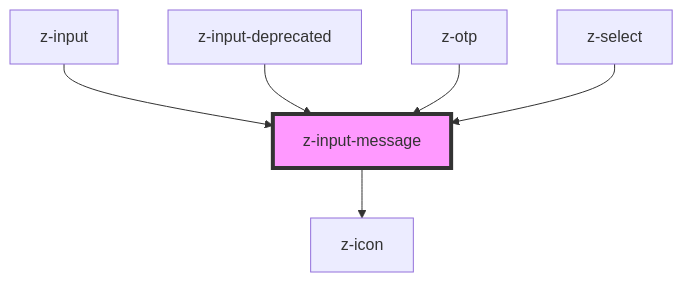
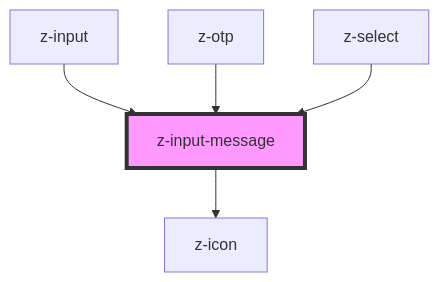
Before and after one commit to ZanichelliEditore/design-system: the diagram in src/components/inputs/z-input-message/readme.md, drawn with Mermaid. The commit also changed other lines of this file and 19 other files, not shown here.

````diff
--- a/src/components/inputs/z-input-message/readme.md
+++ b/src/components/inputs/z-input-message/readme.md
@@ -28,9 +27,8 @@
 ```mermaid
 graph TD;
   z-input-message --> z-icon
   z-input --> z-input-message
-  z-input-deprecated --> z-input-message
   z-otp --> z-input-message
   z-select --> z-input-message
   style z-input-message fill:#f9f,stroke:#333,stroke-width:4px
 ```
````
